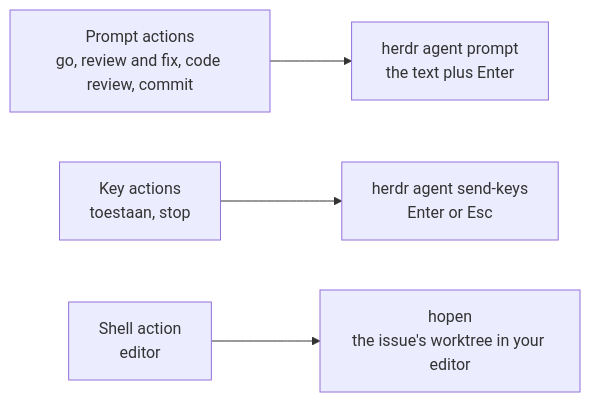
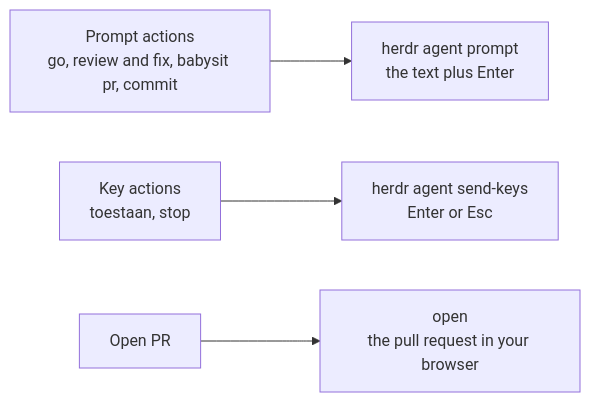
Before and after one commit to PieterLuypaert/helm: the fifth of 7 diagrams in docs/flows.md, drawn with Mermaid. The commit also changed other lines of this file and 4 other files, not shown here.

````diff
--- a/docs/flows.md
+++ b/docs/flows.md
@@ -120,6 +128,6 @@
 ```mermaid
 flowchart LR
-    prompt["Prompt actions<br/>go, review and fix, code review, commit"] --> promptCmd["herdr agent prompt<br/>the text plus Enter"]
+    prompt["Prompt actions<br/>go, review and fix, babysit pr, commit"] --> promptCmd["herdr agent prompt<br/>the text plus Enter"]
     keysAction["Key actions<br/>toestaan, stop"] --> keysCmd["herdr agent send-keys<br/>Enter or Esc"]
-    shell["Shell action<br/>editor"] --> shellCmd["hopen<br/>the issue's worktree in your editor"]
+    openPr["Open PR"] --> openCmd["open<br/>the pull request in your browser"]
 ```
````
